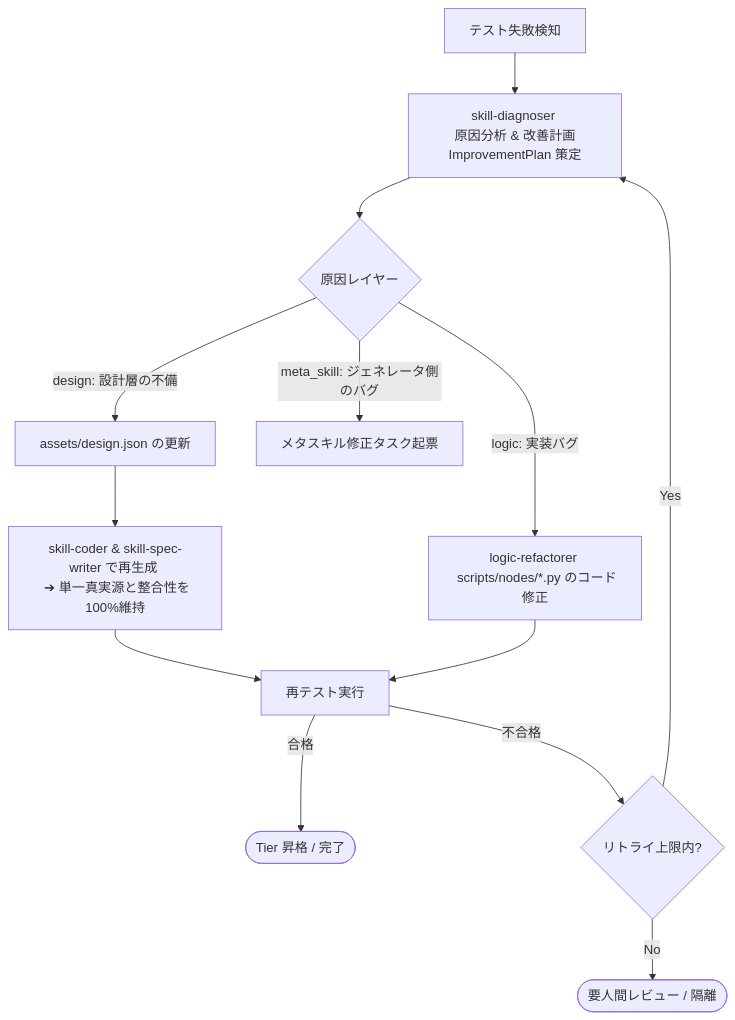
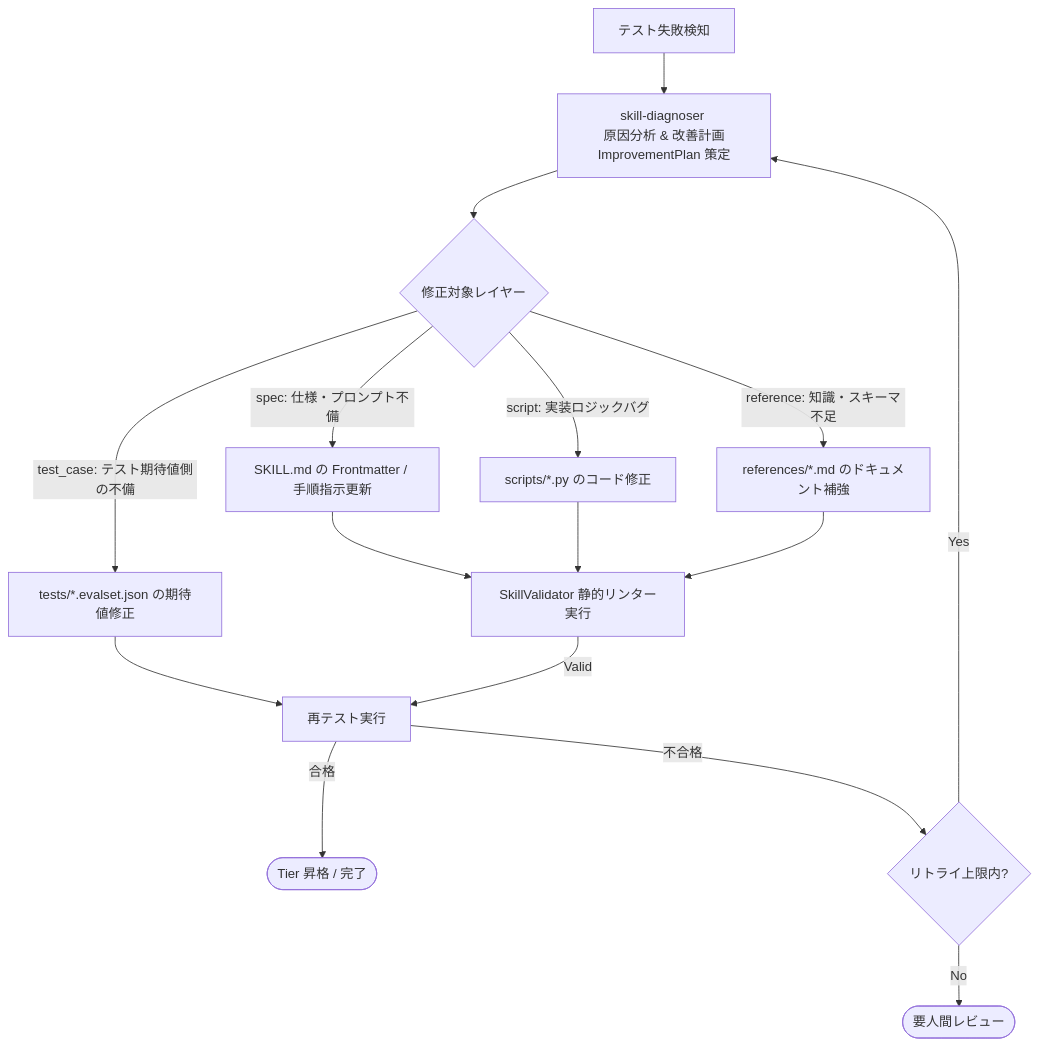
One commit to magic-sword/skill-edd-agent changed the diagram in self_improving_architecture_memo.md. Above: the diagram before and after it, drawn with Mermaid. The commit also changed other lines of this file and 38 other files, not shown here.

````diff
--- a/self_improving_architecture_memo.md
+++ b/self_improving_architecture_memo.md
@@ -22,21 +22,23 @@
 ```mermaid
 flowchart TD
     Err[テスト失敗検知] --> Diagnoser[skill-diagnoser <br/> 原因分析 & 改善計画 ImprovementPlan 策定]
     
-    Diagnoser --> Route{原因レイヤー}
+    Diagnoser --> Route{修正対象レイヤー}
     
-    Route -->|design: 設計層の不備| UpdateDesign[assets/design.json の更新]
-    UpdateDesign --> Regen[skill-coder & skill-spec-writer で再生成 <br/> ➔ 単一真実源と整合性を100%維持]
+    Route -->|spec: 仕様・プロンプト不備| UpdateSpec[SKILL.md の Frontmatter / 手順指示更新]
+    Route -->|script: 実装ロジックバグ| UpdateScript[scripts/*.py のコード修正]
+    Route -->|reference: 知識・スキーマ不足| UpdateRef[references/*.md のドキュメント補強]
+    Route -->|test_case: テスト期待値側の不備| UpdateTest[tests/*.evalset.json の期待値修正]
     
-    Route -->|logic: 実装バグ| LogicRefactor[logic-refactorer <br/> scripts/nodes/*.py のコード修正]
+    UpdateSpec --> Validator[SkillValidator 静的リンター実行]
+    UpdateScript --> Validator
+    UpdateRef --> Validator
+    UpdateTest --> ReTest[再テスト実行]
     
-    Route -->|meta_skill: ジェネレータ側のバグ| MetaAlert[メタスキル修正タスク起票]
-    
-    Regen --> ReTest[再テスト実行]
-    LogicRefactor --> ReTest
+    Validator -->|Valid| ReTest
     
     ReTest -->|合格| Success([Tier 昇格 / 完了])
     ReTest -->|不合格| Retry{リトライ上限内?}
     Retry -->|Yes| Diagnoser
-    Retry -->|No| Fail([要人間レビュー / 隔離])
+    Retry -->|No| Failed([要人間レビュー])
 ```
````
